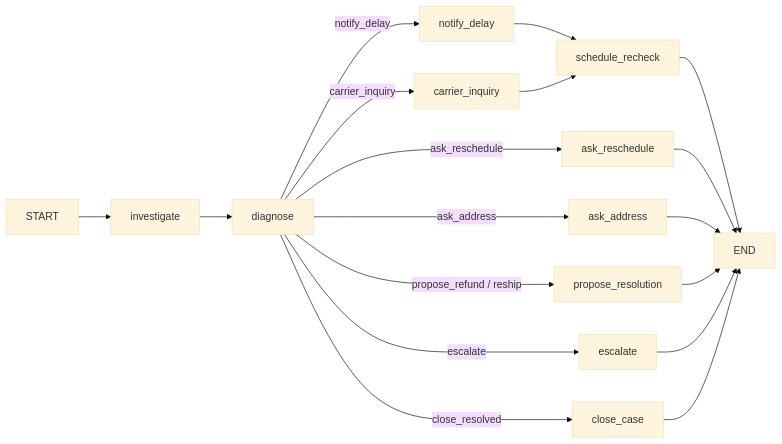
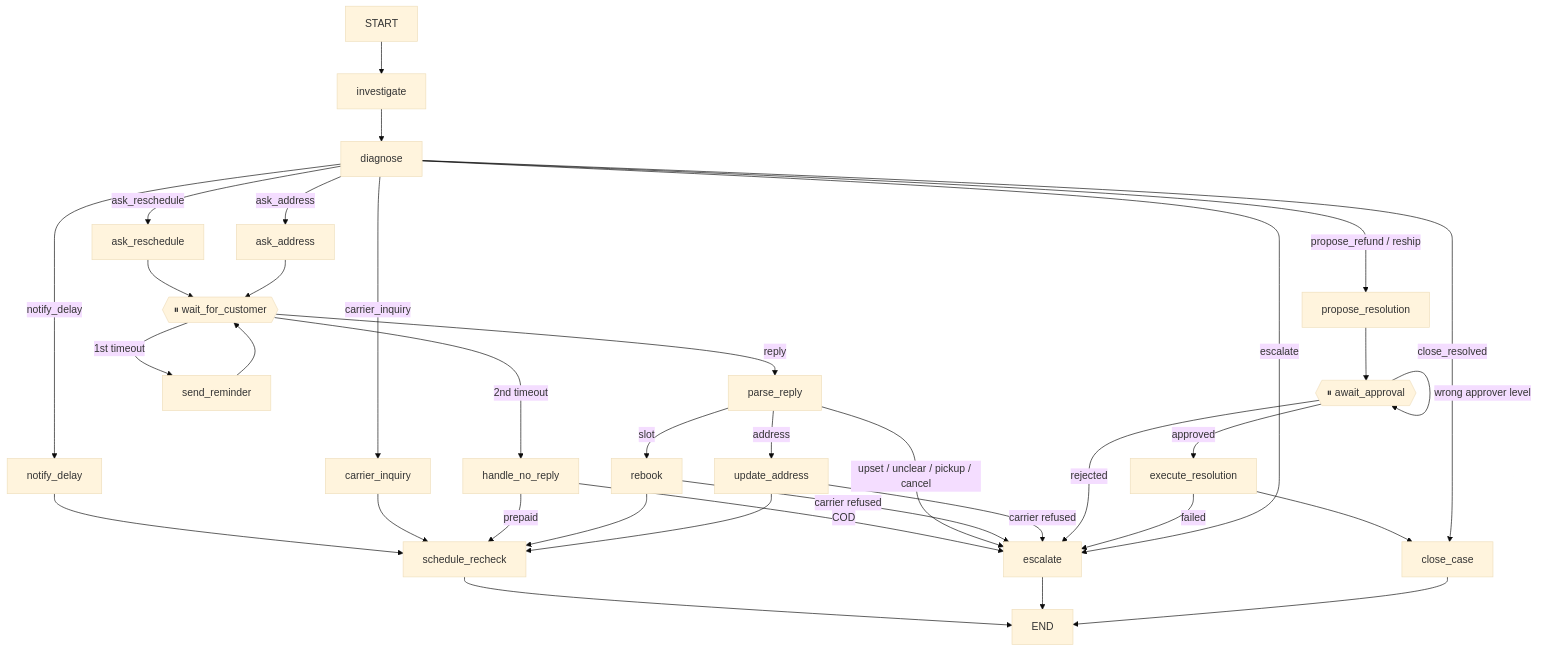
The diagram in README.md (vamshikareddyb/DeliveryFix), drawn with Mermaid (base theme) before and after one commit. The commit also changed other lines of this file and 14 other files, not shown here.

````diff
--- a/README.md
+++ b/README.md
@@ -49,11 +50,25 @@
 ```mermaid
-flowchart LR
+flowchart TD
     START --> investigate --> diagnose
     diagnose -->|notify_delay| notify_delay --> schedule_recheck --> END
     diagnose -->|carrier_inquiry| carrier_inquiry --> schedule_recheck
-    diagnose -->|ask_reschedule| ask_reschedule --> END
-    diagnose -->|ask_address| ask_address --> END
-    diagnose -->|propose_refund / reship| propose_resolution --> END
+    diagnose -->|ask_reschedule| ask_reschedule --> wait_for_customer
+    diagnose -->|ask_address| ask_address --> wait_for_customer
+    wait_for_customer{{"⏸ wait_for_customer"}} -->|reply| parse_reply
+    wait_for_customer -->|1st timeout| send_reminder --> wait_for_customer
+    wait_for_customer -->|2nd timeout| handle_no_reply
+    handle_no_reply -->|COD| escalate
+    handle_no_reply -->|prepaid| schedule_recheck
+    parse_reply -->|slot| rebook --> schedule_recheck
+    parse_reply -->|address| update_address --> schedule_recheck
+    parse_reply -->|upset / unclear / pickup / cancel| escalate
+    rebook -->|carrier refused| escalate
+    update_address -->|carrier refused| escalate
+    diagnose -->|propose_refund / reship| propose_resolution --> await_approval
+    await_approval{{"⏸ await_approval"}} -->|approved| execute_resolution --> close_case
+    await_approval -->|rejected| escalate
+    await_approval -->|wrong approver level| await_approval
+    execute_resolution -->|failed| escalate
     diagnose -->|escalate| escalate --> END
     diagnose -->|close_resolved| close_case --> END
 ```
````
